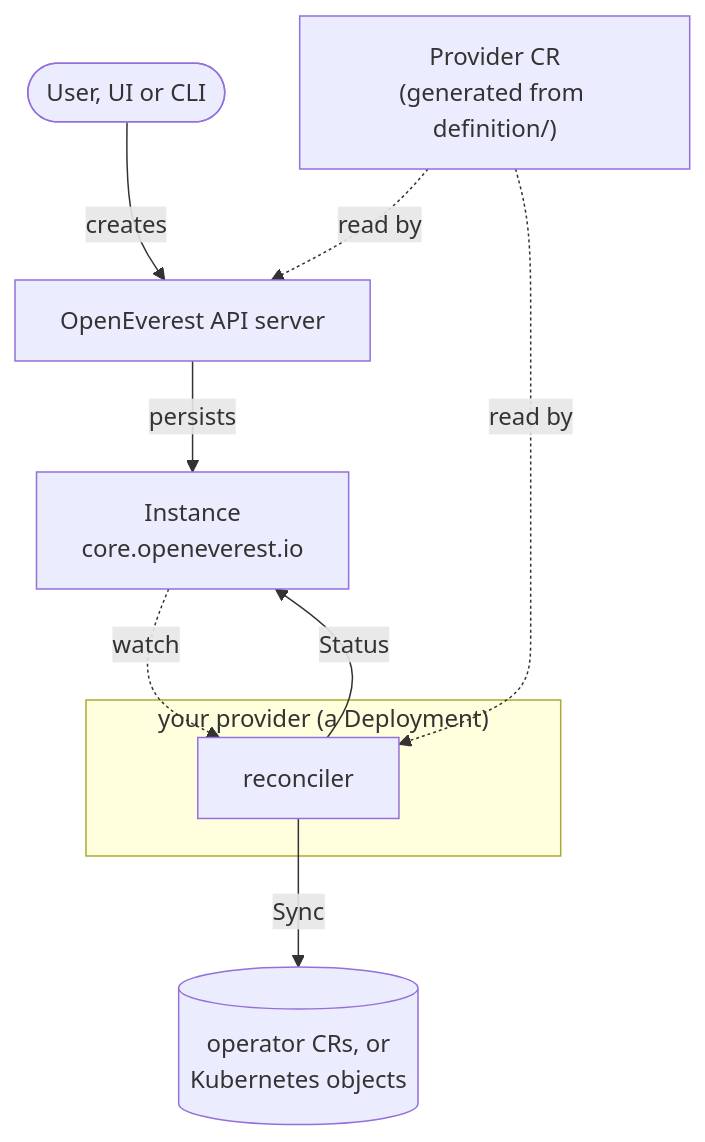
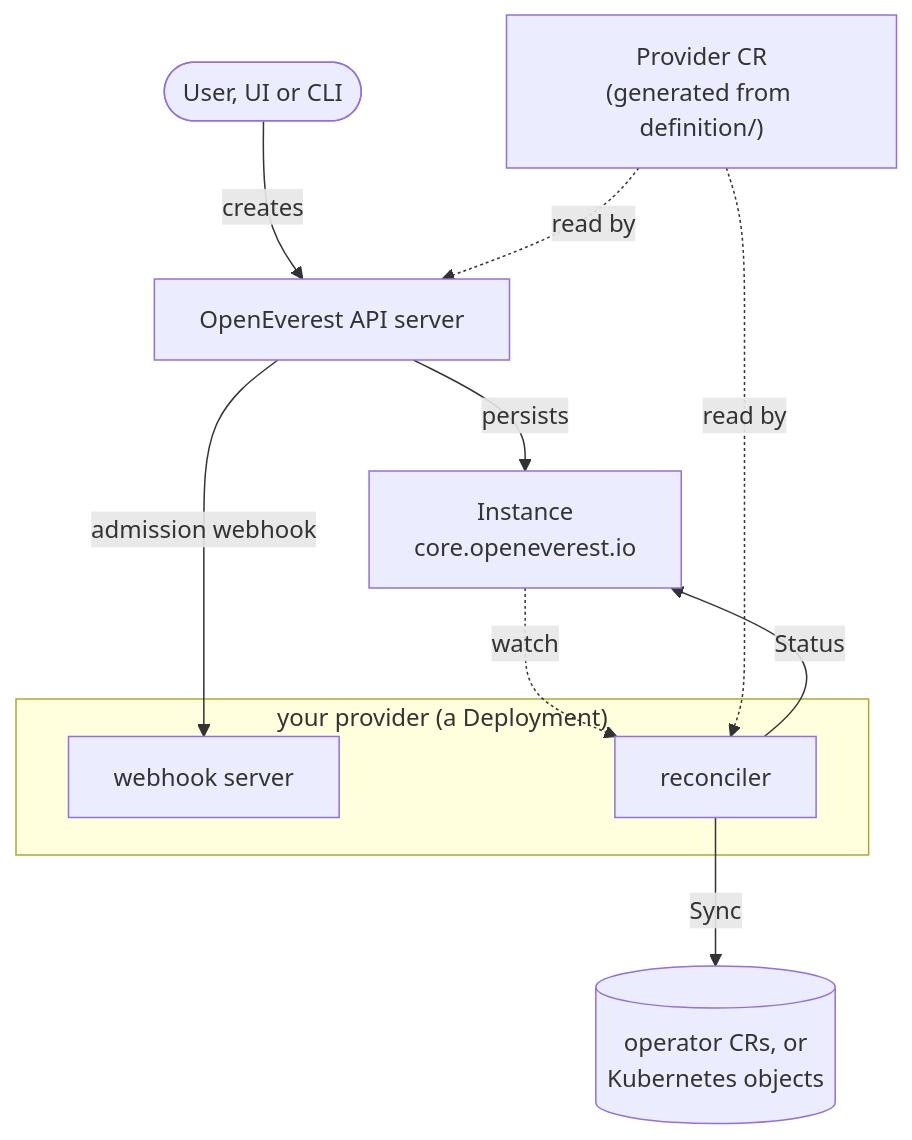
Before and after one commit to openeverest/provider-sdk: the diagram in PROVIDER_DEVELOPMENT.md, drawn with Mermaid. The commit also changed other lines of this file and 8 other files, not shown here.

Commit message:
feat(scaffold): register the Instance admission webhook from the chart (#53)

````diff
--- a/PROVIDER_DEVELOPMENT.md
+++ b/PROVIDER_DEVELOPMENT.md
@@ -120,13 +120,15 @@
 ```mermaid
 flowchart TB
     U([User, UI or CLI]) -->|creates| API[OpenEverest API server]
     API -->|persists| I["Instance<br/>core.openeverest.io"]
+    API -->|admission webhook| ADM
     subgraph P["your provider (a Deployment)"]
+        ADM[webhook server]
         REC[reconciler]
     end
     I -.->|watch| REC
     REC -->|Sync| R[("operator CRs, or<br/>Kubernetes objects")]
     REC -->|Status| I
     PCR["Provider CR<br/>(generated from definition/)"] -.->|read by| API
     PCR -.->|read by| REC
 ```
````
